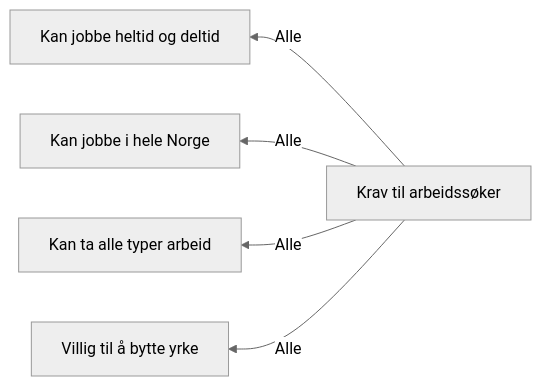
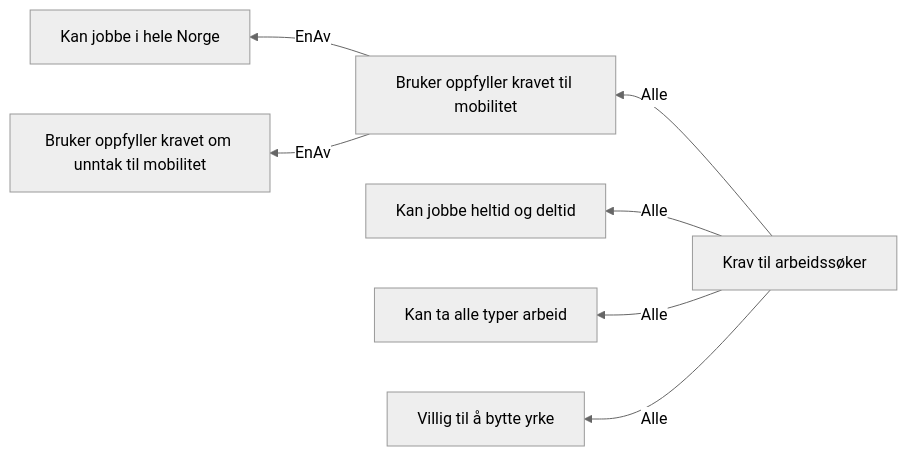
Before and after one commit to navikt/dp-vedtak: the diagram in docs/regler/§ 4-5. Reelle arbeidssøkere.approved.md, drawn with Mermaid (neutral theme). The commit also changed other lines of this file and 10 other files, not shown here.

Commit message:
Legg til unntak for kravet om mobilitet til reell arbeidssøker

````diff
--- a/docs/regler/§ 4-5. Reelle arbeidssøkere.approved.md
+++ b/docs/regler/§ 4-5. Reelle arbeidssøkere.approved.md
@@ -5,7 +5,9 @@
 ```mermaid
 graph RL
-  A["Krav til arbeidssøker"] -->|"Alle"| B["Kan jobbe heltid og deltid"]
-  A["Krav til arbeidssøker"] -->|"Alle"| C["Kan jobbe i hele Norge"]
-  A["Krav til arbeidssøker"] -->|"Alle"| D["Kan ta alle typer arbeid"]
-  A["Krav til arbeidssøker"] -->|"Alle"| E["Villig til å bytte yrke"]
+  A["Bruker oppfyller kravet til mobilitet"] -->|"EnAv"| B["Kan jobbe i hele Norge"]
+  A["Bruker oppfyller kravet til mobilitet"] -->|"EnAv"| C["Bruker oppfyller kravet om unntak til mobilitet"]
+  D["Krav til arbeidssøker"] -->|"Alle"| E["Kan jobbe heltid og deltid"]
+  D["Krav til arbeidssøker"] -->|"Alle"| A["Bruker oppfyller kravet til mobilitet"]
+  D["Krav til arbeidssøker"] -->|"Alle"| F["Kan ta alle typer arbeid"]
+  D["Krav til arbeidssøker"] -->|"Alle"| G["Villig til å bytte yrke"]
 ```
````
